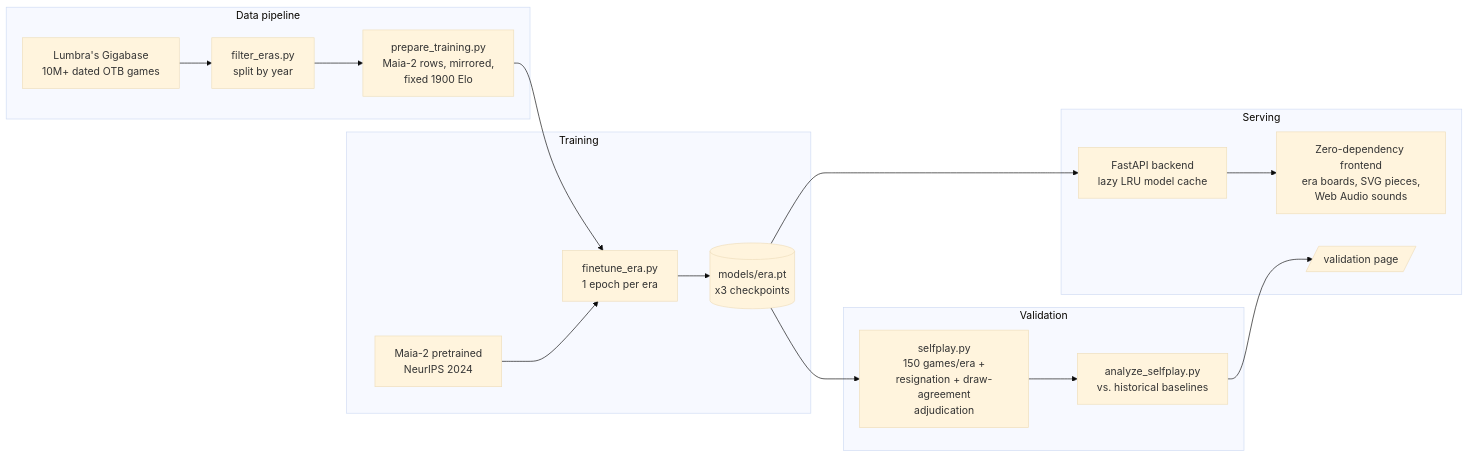
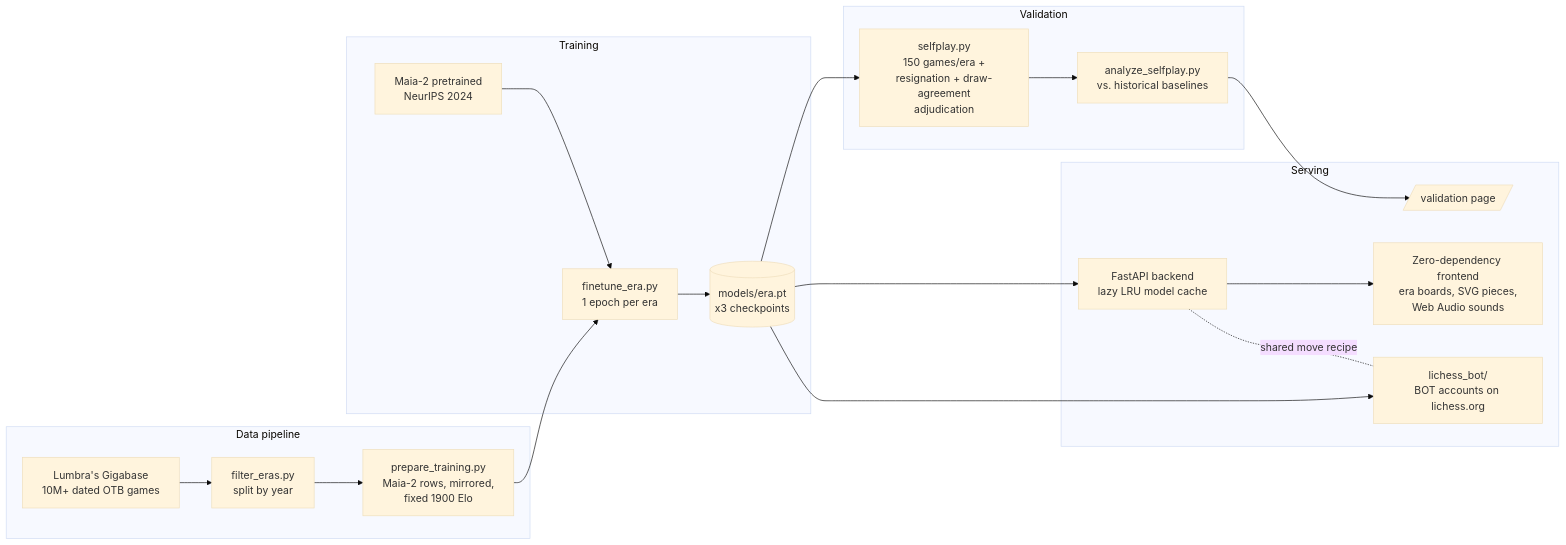
The diagram in README.md (nickjlamb/time-machine-chess), drawn with Mermaid (base theme) before and after one commit. The commit also changed other lines of this file and 21 other files, not shown here.

Commit message:
Lichess BOT accounts: shared turn recipe, era bot, live rating widget

````diff
--- a/README.md
+++ b/README.md
@@ -86,21 +86,23 @@
 ```mermaid
 flowchart LR
     subgraph Data pipeline
         A[Lumbra's Gigabase\n10M+ dated OTB games] --> B[filter_eras.py\nsplit by year]
         B --> C[prepare_training.py\nMaia-2 rows, mirrored,\nfixed 1900 Elo]
     end
     subgraph Training
         C --> D[finetune_era.py\n1 epoch per era]
         M[Maia-2 pretrained\nNeurIPS 2024] --> D
         D --> E[(models/era.pt\nx3 checkpoints)]
     end
     subgraph Validation
         E --> F[selfplay.py\n150 games/era +\nresignation + draw-agreement\nadjudication]
         F --> G[analyze_selfplay.py\nvs. historical baselines]
     end
     subgraph Serving
         E --> H[FastAPI backend\nlazy LRU model cache]
         H --> I[Zero-dependency frontend\nera boards, SVG pieces,\nWeb Audio sounds]
         G --> J[/validation page/]
+        E --> K[lichess_bot/\nBOT accounts on lichess.org]
+        H -.shared move recipe.- K
     end
 ```
````
